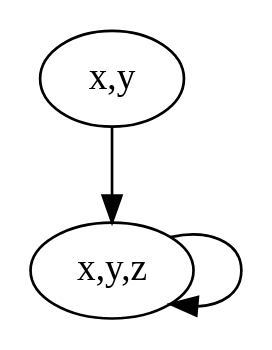
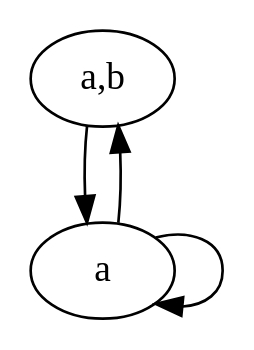
One commit to lputruele/tesis changed the diagram in template_2/Figures/Figure1.dot. Above: the diagram before and after it, drawn with Graphviz. The commit also changed 63 other files, not shown here.

```diff
--- a/template_2/Figures/Figure1.dot
+++ b/template_2/Figures/Figure1.dot
@@ -1,8 +1,9 @@
 digraph Figure1 {
 node[shape=oval];
-1[label="x,y"];
+1[label="a,b"];
 node[shape=oval];
-2[label="x,y,z"];
+2[label="a"];
 1->2;
 2->2;
+2->1
 }
```
